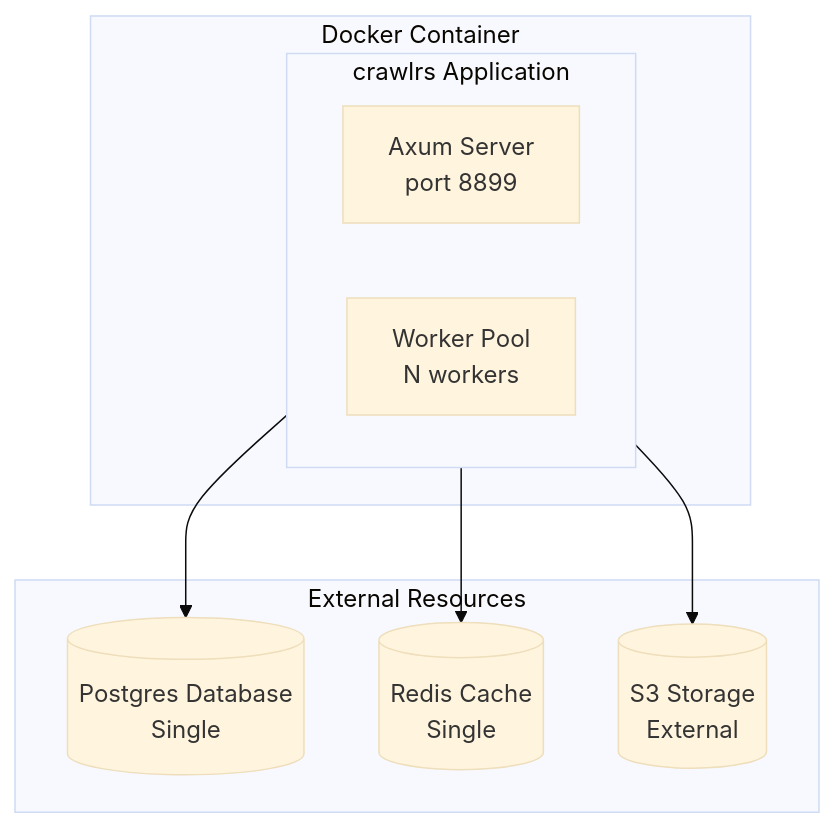
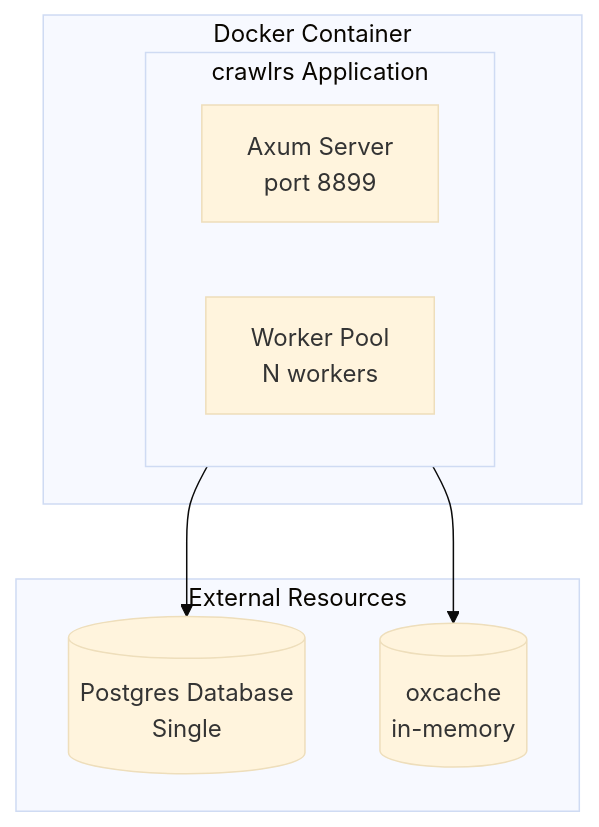
The sixth of 8 diagrams in docs/ARCHITECTURE.md (Kirky-X/crawlrs), drawn with Mermaid (base theme) before and after one commit. The commit also changed other lines of this file and 1 other file, not shown here.

First line of the commit message:
refactor(docs): 清理 ARCHITECTURE.md/API_REFERENCE.md 中 Redis/S3 引用

````diff
--- a/docs/ARCHITECTURE.md
+++ b/docs/ARCHITECTURE.md
@@ -1316,19 +1313,17 @@
 ```mermaid
 flowchart TB
     subgraph Container [Docker Container]
         subgraph App [crawlrs Application]
             S1[Axum Server<br/>port 8899]
             S2[Worker Pool<br/>N workers]
         end
     end
 
     subgraph Resources [External Resources]
         DB[(Postgres Database<br/>Single)]
-        RC[(Redis Cache<br/>Single)]
-        S3[(S3 Storage<br/>External)]
+        RC[(oxcache<br/>in-memory)]
     end
 
     App --> DB
     App --> RC
-    App --> S3
 ```
````
